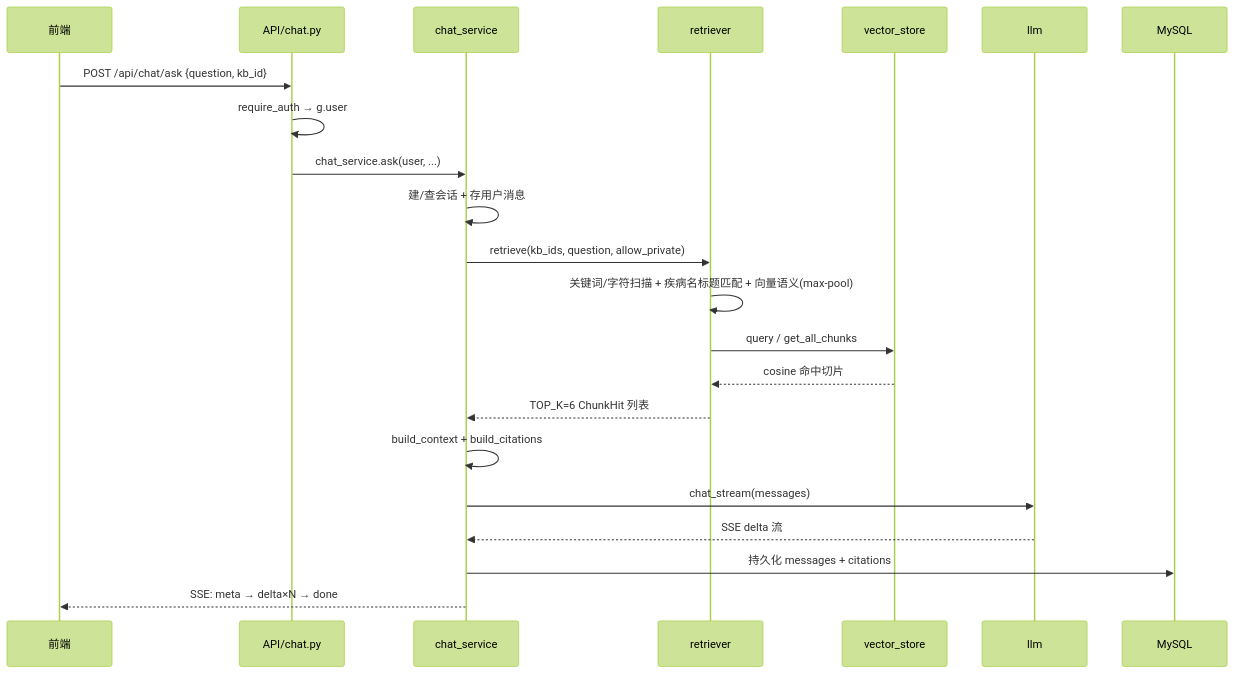
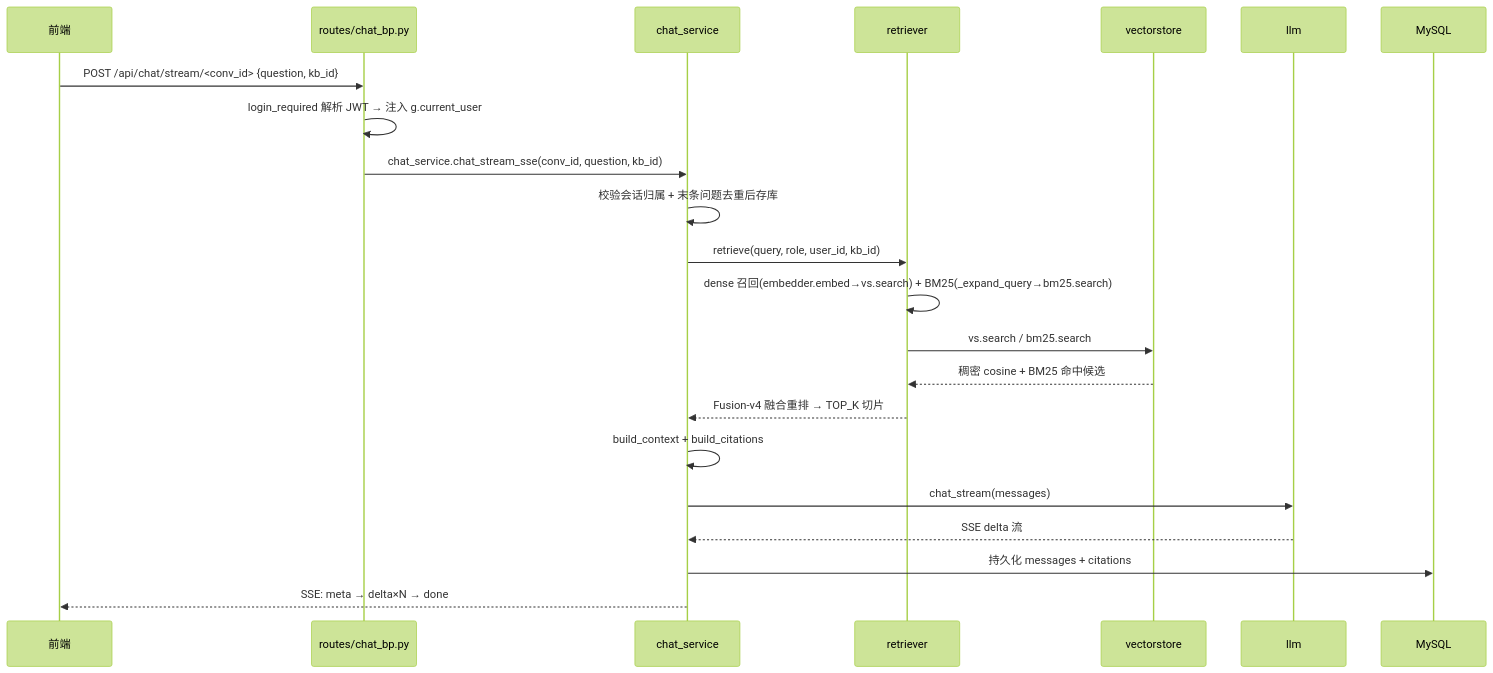
Before and after one commit to SFANBLOG/medical-assistant-master: the sixth of 14 diagrams in 面试准备/项目完整架构与流程图.md, drawn with Mermaid (forest theme). The commit also changed other lines of this file and 3 other files, not shown here.

````diff
--- a/面试准备/项目完整架构与流程图.md
+++ b/面试准备/项目完整架构与流程图.md
@@ -184,25 +185,25 @@
 ```mermaid
 sequenceDiagram
     participant F as 前端
-    participant A as API/chat.py
+    participant A as routes/chat_bp.py
     participant S as chat_service
     participant R as retriever
-    participant V as vector_store
+    participant V as vectorstore
     participant L as llm
     participant DB as MySQL
 
-    F->>A: POST /api/chat/ask {question, kb_id}
-    A->>A: require_auth → g.user
-    A->>S: chat_service.ask(user, ...)
-    S->>S: 建/查会话 + 存用户消息
-    S->>R: retrieve(kb_ids, question, allow_private)
-    R->>R: 关键词/字符扫描 + 疾病名标题匹配 + 向量语义(max-pool)
-    R->>V: query / get_all_chunks
-    V-->>R: cosine 命中切片
-    R-->>S: TOP_K=6 ChunkHit 列表
+    F->>A: POST /api/chat/stream/<conv_id> {question, kb_id}
+    A->>A: login_required 解析 JWT → 注入 g.current_user
+    A->>S: chat_service.chat_stream_sse(conv_id, question, kb_id)
+    S->>S: 校验会话归属 + 末条问题去重后存库
+    S->>R: retrieve(query, role, user_id, kb_id)
+    R->>R: dense 召回(embedder.embed→vs.search) + BM25(_expand_query→bm25.search)
+    R->>V: vs.search / bm25.search
+    V-->>R: 稠密 cosine + BM25 命中候选
+    R-->>S: Fusion-v4 融合重排 → TOP_K 切片
     S->>S: build_context + build_citations
     S->>L: chat_stream(messages)
     L-->>S: SSE delta 流
     S->>DB: 持久化 messages + citations
     S-->>F: SSE: meta → delta×N → done
 ```
````
